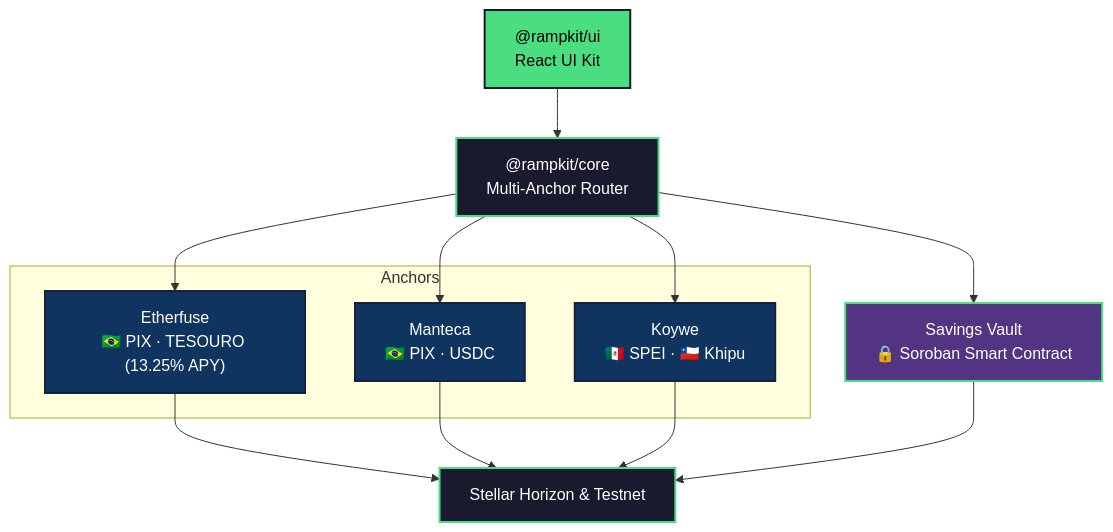
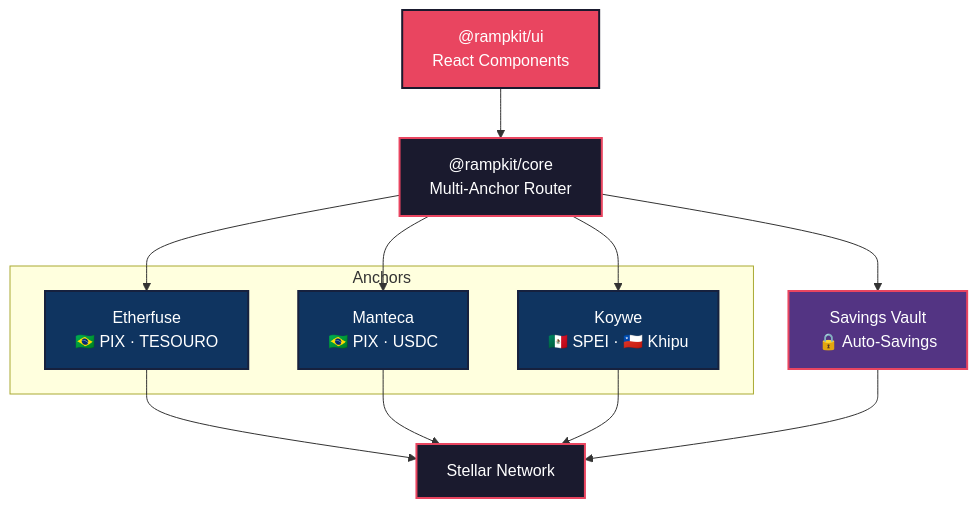
Before and after one commit to WritzProtocol/rampkit-latam: the diagram in README.md, drawn with Mermaid.

Commit message:
docs: format architecture diagram to Mermaid standard and rename main branch

````diff
--- a/README.md
+++ b/README.md
@@ -91,29 +91,29 @@
 ```mermaid
 graph TD
-    classDef sdk fill:#1a1a2e,stroke:#4ade80,stroke-width:2px,color:#fff
+    classDef sdk fill:#1a1a2e,stroke:#e94560,stroke-width:2px,color:#fff
     classDef anchor fill:#0f3460,stroke:#16213e,stroke-width:2px,color:#fff
-    classDef contract fill:#533483,stroke:#4ade80,stroke-width:2px,color:#fff
-    classDef ui fill:#4ade80,stroke:#1a1a2e,stroke-width:2px,color:#000
+    classDef contract fill:#533483,stroke:#e94560,stroke-width:2px,color:#fff
+    classDef ui fill:#e94560,stroke:#1a1a2e,stroke-width:2px,color:#fff
 
-    UI["@rampkit/ui<br>React UI Kit"]:::ui
+    UI["@rampkit/ui<br>React Components"]:::ui
     SDK["@rampkit/core<br>Multi-Anchor Router"]:::sdk
     
     subgraph Anchors
-        EF["Etherfuse<br>🇧🇷 PIX · TESOURO (13.25% APY)"]:::anchor
+        EF["Etherfuse<br>🇧🇷 PIX · TESOURO"]:::anchor
         MA["Manteca<br>🇧🇷 PIX · USDC"]:::anchor
         KO["Koywe<br>🇲🇽 SPEI · 🇨🇱 Khipu"]:::anchor
     end
 
-    SC["Savings Vault<br>🔒 Soroban Smart Contract"]:::contract
-    SN["Stellar Horizon & Testnet"]:::sdk
+    SC["Savings Vault<br>🔒 Auto-Savings"]:::contract
+    SN["Stellar Network"]:::sdk
 
     UI --> SDK
     SDK --> EF
     SDK --> MA
     SDK --> KO
     SDK --> SC
     EF --> SN
     MA --> SN
     KO --> SN
     SC --> SN
 ```
````
